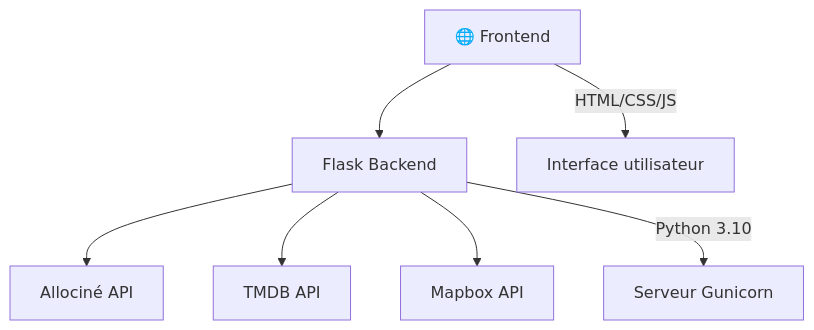
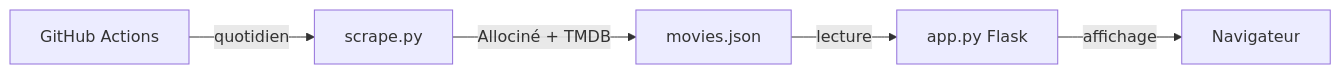
One commit to abdu-63/cinelyon changed the diagram in README.md. Above: the diagram before and after it, drawn with Mermaid. The commit also changed other lines of this file and 1 other file, not shown here.

````diff
--- a/README.md
+++ b/README.md
@@ -129,10 +77,7 @@
 ```mermaid
-graph TD
-    A[🌐 Frontend] --> B[Flask Backend]
-    B --> C[Allociné API]
-    B --> D[TMDB API]
-    B --> E[Mapbox API]
-    
-    A --> |HTML/CSS/JS| F[Interface utilisateur]
-    B --> |Python 3.10| G[Serveur Gunicorn]
+graph LR
+    A[GitHub Actions] -->|quotidien| B[scrape.py]
+    B -->|Allociné + TMDB| C[movies.json]
+    C -->|lecture| D[app.py Flask]
+    D -->|affichage| E[Navigateur]
 ```
````
